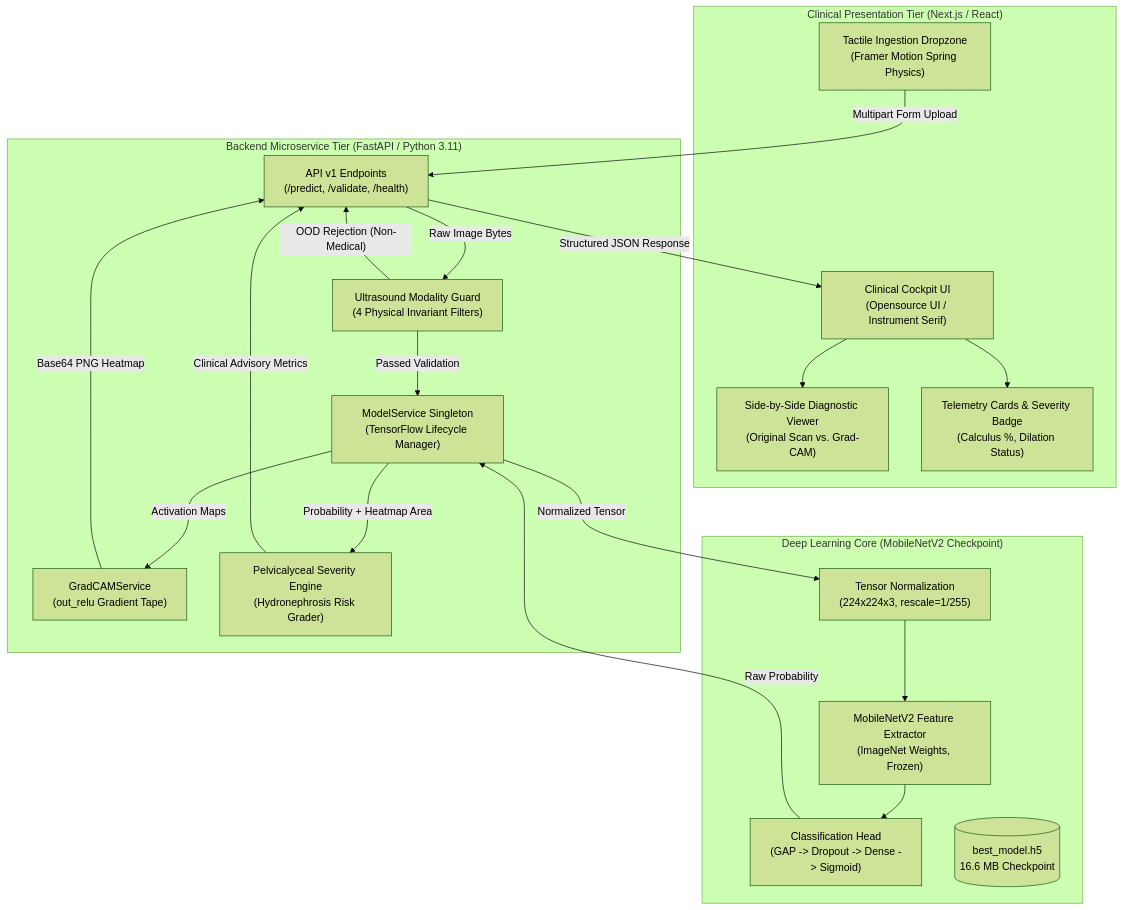
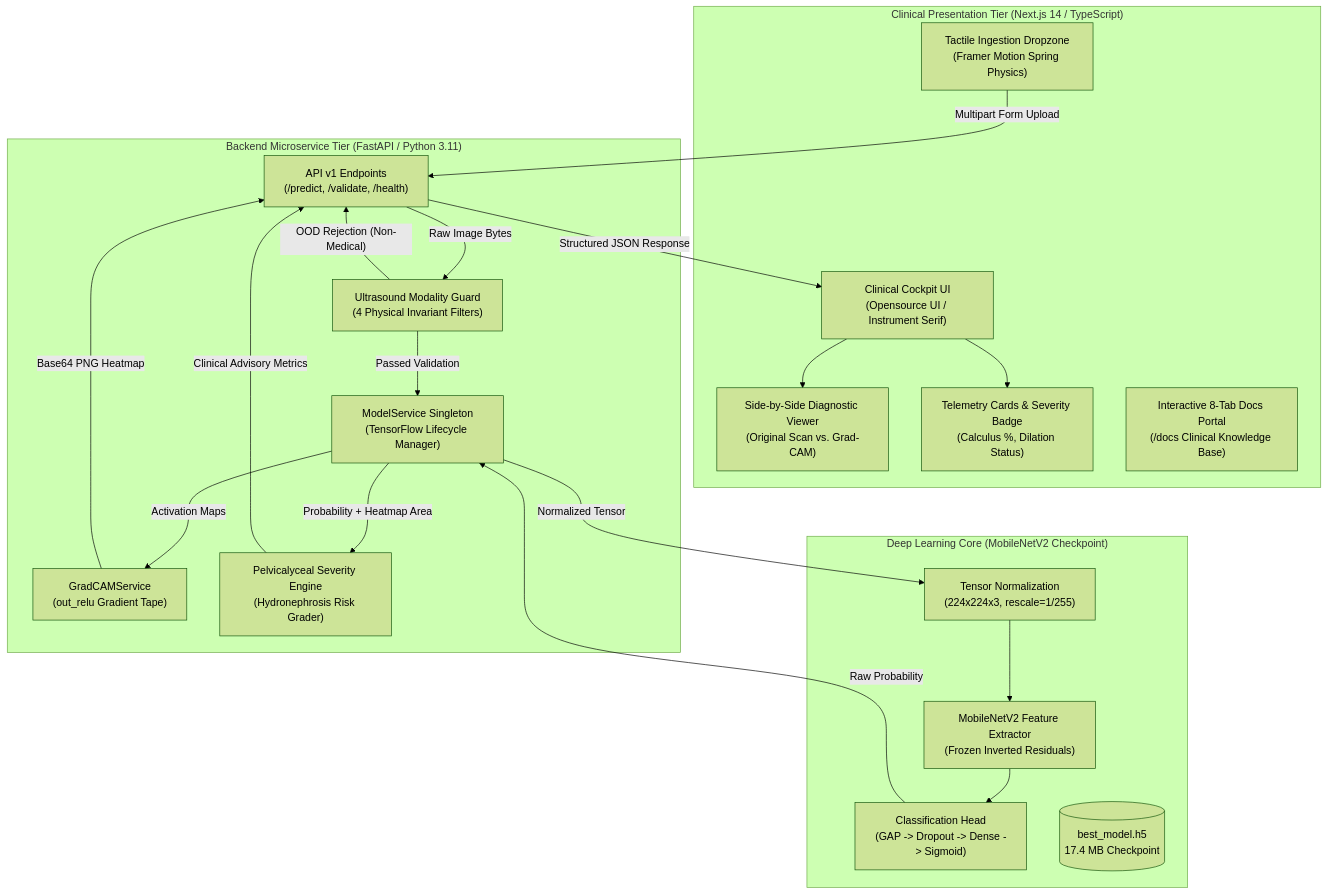
Before and after one commit to bappaditya-paul/kidney-stone-detection-aiml: the diagram in README.md, drawn with Mermaid (forest theme). The commit also changed other lines of this file and 6 other files, not shown here.

````diff
--- a/README.md
+++ b/README.md
@@ -93,40 +109,41 @@
 ```mermaid
 flowchart TD
-    subgraph Client["Clinical Presentation Tier (Next.js / React)"]
+    subgraph Client["Clinical Presentation Tier (Next.js 14 / TypeScript)"]
         UI["Clinical Cockpit UI<br/>(Opensource UI / Instrument Serif)"]
         Upload["Tactile Ingestion Dropzone<br/>(Framer Motion Spring Physics)"]
         Viewer["Side-by-Side Diagnostic Viewer<br/>(Original Scan vs. Grad-CAM)"]
         Metrics["Telemetry Cards & Severity Badge<br/>(Calculus %, Dilation Status)"]
+        Docs["Interactive 8-Tab Docs Portal<br/>(/docs Clinical Knowledge Base)"]
     end
 
     subgraph API["Backend Microservice Tier (FastAPI / Python 3.11)"]
         Router["API v1 Endpoints<br/>(/predict, /validate, /health)"]
         Guard["Ultrasound Modality Guard<br/>(4 Physical Invariant Filters)"]
         ModelService["ModelService Singleton<br/>(TensorFlow Lifecycle Manager)"]
         GradCAM["GradCAMService<br/>(out_relu Gradient Tape)"]
         DilationEngine["Pelvicalyceal Severity Engine<br/>(Hydronephrosis Risk Grader)"]
     end
 
     subgraph ML["Deep Learning Core (MobileNetV2 Checkpoint)"]
         Preprocess["Tensor Normalization<br/>(224x224x3, rescale=1/255)"]
-        Backbone["MobileNetV2 Feature Extractor<br/>(ImageNet Weights, Frozen)"]
+        Backbone["MobileNetV2 Feature Extractor<br/>(Frozen Inverted Residuals)"]
         Head["Classification Head<br/>(GAP -> Dropout -> Dense -> Sigmoid)"]
-        Weights[("best_model.h5<br/>16.6 MB Checkpoint")]
+        Weights[("best_model.h5<br/>17.4 MB Checkpoint")]
     end
 
     Upload -->|"Multipart Form Upload"| Router
     Router -->|"Raw Image Bytes"| Guard
     Guard -->|"OOD Rejection (Non-Medical)"| Router
     Guard -->|"Passed Validation"| ModelService
     ModelService -->|"Normalized Tensor"| Preprocess
     Preprocess --> Backbone
     Backbone --> Head
     Head -->|"Raw Probability"| ModelService
     ModelService -->|"Activation Maps"| GradCAM
     GradCAM -->|"Base64 PNG Heatmap"| Router
     ModelService -->|"Probability + Heatmap Area"| DilationEngine
     DilationEngine -->|"Clinical Advisory Metrics"| Router
     Router -->|"Structured JSON Response"| UI
     UI --> Viewer
     UI --> Metrics
 ```
````
